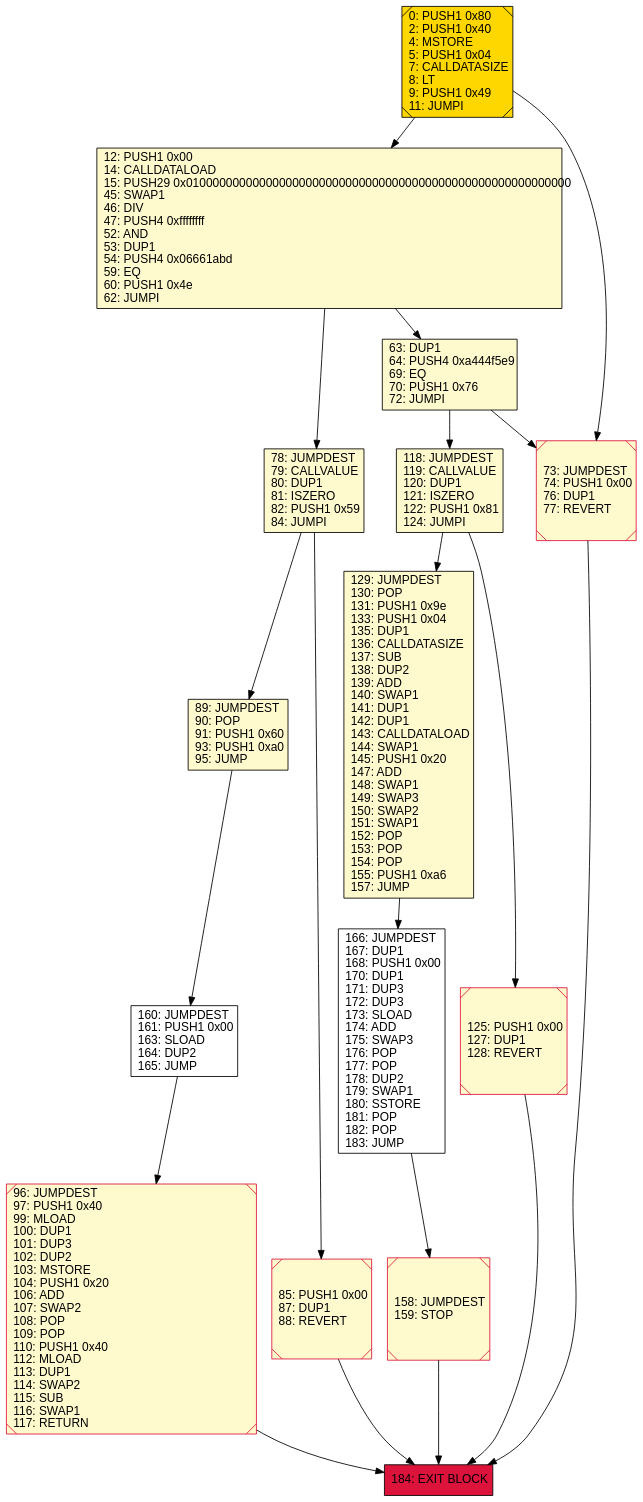
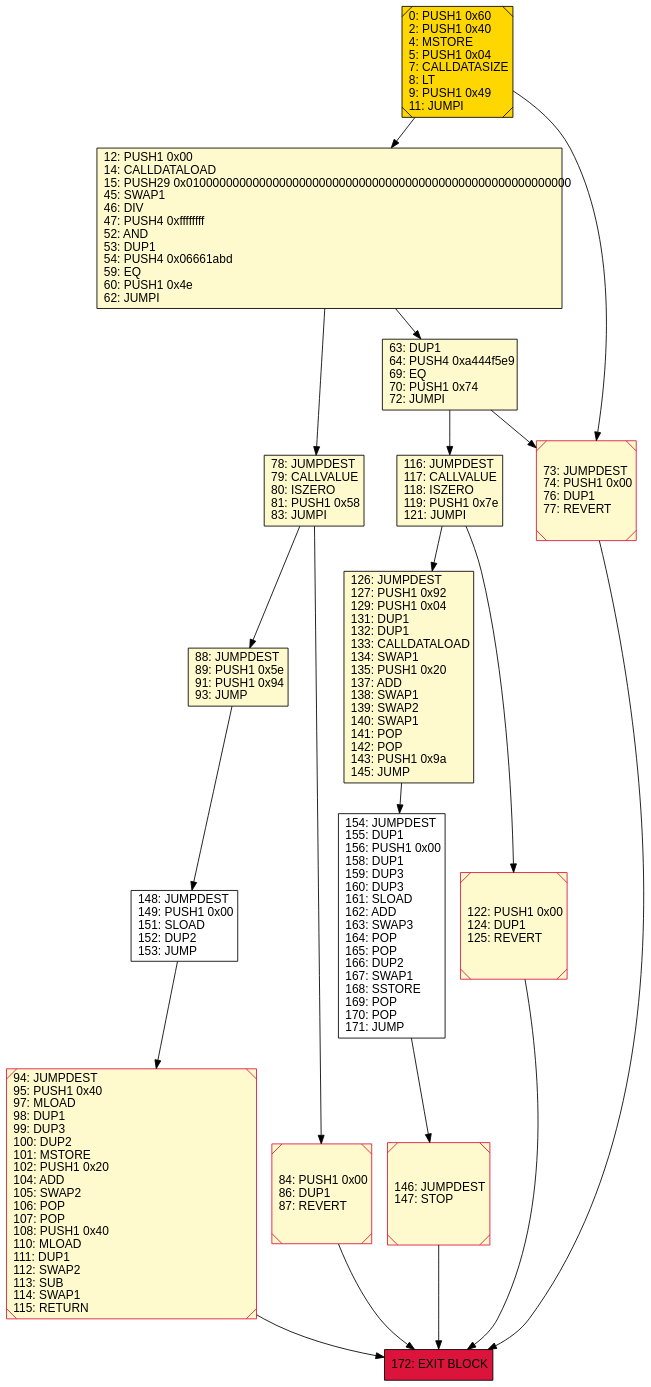
Before and after one commit to Witnull/ProjectMando: the diagram in experiments/ge-sc-data/byte_code/smartbugs/creation/graphs/arithmetic/clean_60_buggy_curated_0/integer_overflow_add-IntegerOverflowAdd.dot, drawn with Graphviz. The commit also changed 4797 other files, not shown here.

Commit message:
add infos and fix for byte code control flow graph gen

```diff
--- a/experiments/ge-sc-data/byte_code/smartbugs/creation/graphs/arithmetic/clean_60_buggy_curated_0/integer_overflow_add-IntegerOverflowAdd.dot
+++ b/experiments/ge-sc-data/byte_code/smartbugs/creation/graphs/arithmetic/clean_60_buggy_curated_0/integer_overflow_add-IntegerOverflowAdd.dot
@@ -1,38 +1,38 @@
 digraph G {
 bgcolor=transparent rankdir=UD;
 node [shape=box style=filled color=black fillcolor=white fontname=arial fontcolor=black];
-0 [label="0: PUSH1 0x80\l2: PUSH1 0x40\l4: MSTORE\l5: PUSH1 0x04\l7: CALLDATASIZE\l8: LT\l9: PUSH1 0x49\l11: JUMPI\l" fillcolor=lemonchiffon shape=Msquare fillcolor=gold ];
+148 [label="148: JUMPDEST\l149: PUSH1 0x00\l151: SLOAD\l152: DUP2\l153: JUMP\l" ];
+126 [label="126: JUMPDEST\l127: PUSH1 0x92\l129: PUSH1 0x04\l131: DUP1\l132: DUP1\l133: CALLDATALOAD\l134: SWAP1\l135: PUSH1 0x20\l137: ADD\l138: SWAP1\l139: SWAP2\l140: SWAP1\l141: POP\l142: POP\l143: PUSH1 0x9a\l145: JUMP\l" fillcolor=lemonchiffon ];
+146 [label="146: JUMPDEST\l147: STOP\l" fillcolor=lemonchiffon shape=Msquare color=crimson ];
 12 [label="12: PUSH1 0x00\l14: CALLDATALOAD\l15: PUSH29 0x0100000000000000000000000000000000000000000000000000000000\l45: SWAP1\l46: DIV\l47: PUSH4 0xffffffff\l52: AND\l53: DUP1\l54: PUSH4 0x06661abd\l59: EQ\l60: PUSH1 0x4e\l62: JUMPI\l" fillcolor=lemonchiffon ];
-158 [label="158: JUMPDEST\l159: STOP\l" fillcolor=lemonchiffon shape=Msquare color=crimson ];
+88 [label="88: JUMPDEST\l89: PUSH1 0x5e\l91: PUSH1 0x94\l93: JUMP\l" fillcolor=lemonchiffon ];
 73 [label="73: JUMPDEST\l74: PUSH1 0x00\l76: DUP1\l77: REVERT\l" fillcolor=lemonchiffon shape=Msquare color=crimson ];
-166 [label="166: JUMPDEST\l167: DUP1\l168: PUSH1 0x00\l170: DUP1\l171: DUP3\l172: DUP3\l173: SLOAD\l174: ADD\l175: SWAP3\l176: POP\l177: POP\l178: DUP2\l179: SWAP1\l180: SSTORE\l181: POP\l182: POP\l183: JUMP\l" ];
-89 [label="89: JUMPDEST\l90: POP\l91: PUSH1 0x60\l93: PUSH1 0xa0\l95: JUMP\l" fillcolor=lemonchiffon ];
-118 [label="118: JUMPDEST\l119: CALLVALUE\l120: DUP1\l121: ISZERO\l122: PUSH1 0x81\l124: JUMPI\l" fillcolor=lemonchiffon ];
-160 [label="160: JUMPDEST\l161: PUSH1 0x00\l163: SLOAD\l164: DUP2\l165: JUMP\l" ];
-78 [label="78: JUMPDEST\l79: CALLVALUE\l80: DUP1\l81: ISZERO\l82: PUSH1 0x59\l84: JUMPI\l" fillcolor=lemonchiffon ];
-96 [label="96: JUMPDEST\l97: PUSH1 0x40\l99: MLOAD\l100: DUP1\l101: DUP3\l102: DUP2\l103: MSTORE\l104: PUSH1 0x20\l106: ADD\l107: SWAP2\l108: POP\l109: POP\l110: PUSH1 0x40\l112: MLOAD\l113: DUP1\l114: SWAP2\l115: SUB\l116: SWAP1\l117: RETURN\l" fillcolor=lemonchiffon shape=Msquare color=crimson ];
-85 [label="85: PUSH1 0x00\l87: DUP1\l88: REVERT\l" fillcolor=lemonchiffon shape=Msquare color=crimson ];
-129 [label="129: JUMPDEST\l130: POP\l131: PUSH1 0x9e\l133: PUSH1 0x04\l135: DUP1\l136: CALLDATASIZE\l137: SUB\l138: DUP2\l139: ADD\l140: SWAP1\l141: DUP1\l142: DUP1\l143: CALLDATALOAD\l144: SWAP1\l145: PUSH1 0x20\l147: ADD\l148: SWAP1\l149: SWAP3\l150: SWAP2\l151: SWAP1\l152: POP\l153: POP\l154: POP\l155: PUSH1 0xa6\l157: JUMP\l" fillcolor=lemonchiffon ];
-184 [label="184: EXIT BLOCK\l" fillcolor=crimson ];
-63 [label="63: DUP1\l64: PUSH4 0xa444f5e9\l69: EQ\l70: PUSH1 0x76\l72: JUMPI\l" fillcolor=lemonchiffon ];
-125 [label="125: PUSH1 0x00\l127: DUP1\l128: REVERT\l" fillcolor=lemonchiffon shape=Msquare color=crimson ];
+116 [label="116: JUMPDEST\l117: CALLVALUE\l118: ISZERO\l119: PUSH1 0x7e\l121: JUMPI\l" fillcolor=lemonchiffon ];
+172 [label="172: EXIT BLOCK\l" fillcolor=crimson ];
+94 [label="94: JUMPDEST\l95: PUSH1 0x40\l97: MLOAD\l98: DUP1\l99: DUP3\l100: DUP2\l101: MSTORE\l102: PUSH1 0x20\l104: ADD\l105: SWAP2\l106: POP\l107: POP\l108: PUSH1 0x40\l110: MLOAD\l111: DUP1\l112: SWAP2\l113: SUB\l114: SWAP1\l115: RETURN\l" fillcolor=lemonchiffon shape=Msquare color=crimson ];
+0 [label="0: PUSH1 0x60\l2: PUSH1 0x40\l4: MSTORE\l5: PUSH1 0x04\l7: CALLDATASIZE\l8: LT\l9: PUSH1 0x49\l11: JUMPI\l" fillcolor=lemonchiffon shape=Msquare fillcolor=gold ];
+154 [label="154: JUMPDEST\l155: DUP1\l156: PUSH1 0x00\l158: DUP1\l159: DUP3\l160: DUP3\l161: SLOAD\l162: ADD\l163: SWAP3\l164: POP\l165: POP\l166: DUP2\l167: SWAP1\l168: SSTORE\l169: POP\l170: POP\l171: JUMP\l" ];
+84 [label="84: PUSH1 0x00\l86: DUP1\l87: REVERT\l" fillcolor=lemonchiffon shape=Msquare color=crimson ];
+63 [label="63: DUP1\l64: PUSH4 0xa444f5e9\l69: EQ\l70: PUSH1 0x74\l72: JUMPI\l" fillcolor=lemonchiffon ];
+122 [label="122: PUSH1 0x00\l124: DUP1\l125: REVERT\l" fillcolor=lemonchiffon shape=Msquare color=crimson ];
+78 [label="78: JUMPDEST\l79: CALLVALUE\l80: ISZERO\l81: PUSH1 0x58\l83: JUMPI\l" fillcolor=lemonchiffon ];
+73 -> 172;
+94 -> 172;
+78 -> 84;
+148 -> 94;
+116 -> 126;
+146 -> 172;
+88 -> 148;
+12 -> 63;
+126 -> 154;
+78 -> 88;
+154 -> 146;
 0 -> 12;
-160 -> 96;
-125 -> 184;
-118 -> 129;
-166 -> 158;
-78 -> 85;
+116 -> 122;
+122 -> 172;
+84 -> 172;
+12 -> 78;
+63 -> 73;
+63 -> 116;
 0 -> 73;
-63 -> 118;
-96 -> 184;
-85 -> 184;
-118 -> 125;
-158 -> 184;
-12 -> 78;
-73 -> 184;
-63 -> 73;
-129 -> 166;
-78 -> 89;
-12 -> 63;
-89 -> 160;
 }
```
